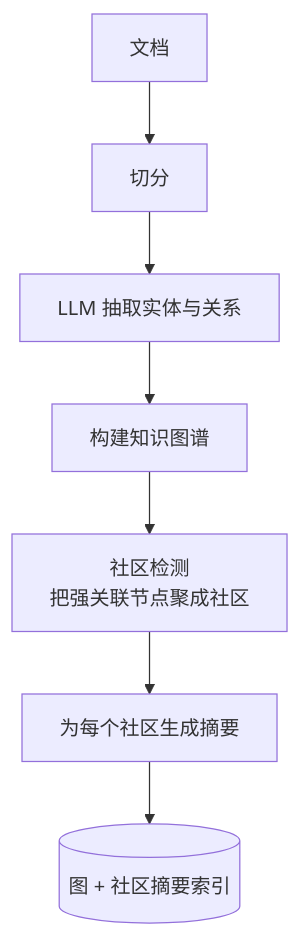
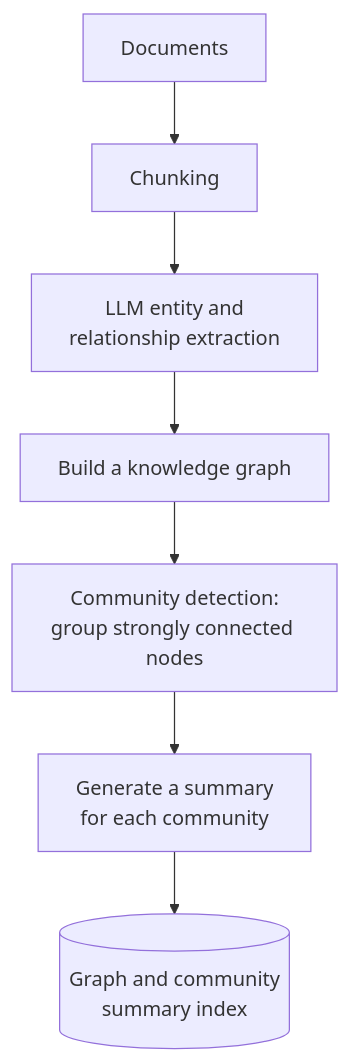
Before and after one commit to oneleaveknowsthefall/awesome-ai-roadmap: the second of 3 diagrams in docs/rag/04-advanced/16-graphrag.md, drawn with Mermaid. The commit also changed other lines of this file and 60 other files, not shown here.

````diff
--- a/docs/rag/04-advanced/16-graphrag.md
+++ b/docs/rag/04-advanced/16-graphrag.md
@@ -48,9 +48,9 @@
 ```mermaid
 flowchart TB
-    D[文档] --> C[切分]
-    C --> E[LLM 抽取实体与关系]
-    E --> G[构建知识图谱]
-    G --> COM[社区检测<br/>把强关联节点聚成社区]
-    COM --> SUM[为每个社区生成摘要]
-    SUM --> IDX[(图 + 社区摘要索引)]
+    D[Documents] --> C[Chunking]
+    C --> E[LLM entity and<br/>relationship extraction]
+    E --> G[Build a knowledge graph]
+    G --> COM[Community detection:<br/>group strongly connected nodes]
+    COM --> SUM[Generate a summary<br/>for each community]
+    SUM --> IDX[(Graph and community<br/>summary index)]
 ```
````
